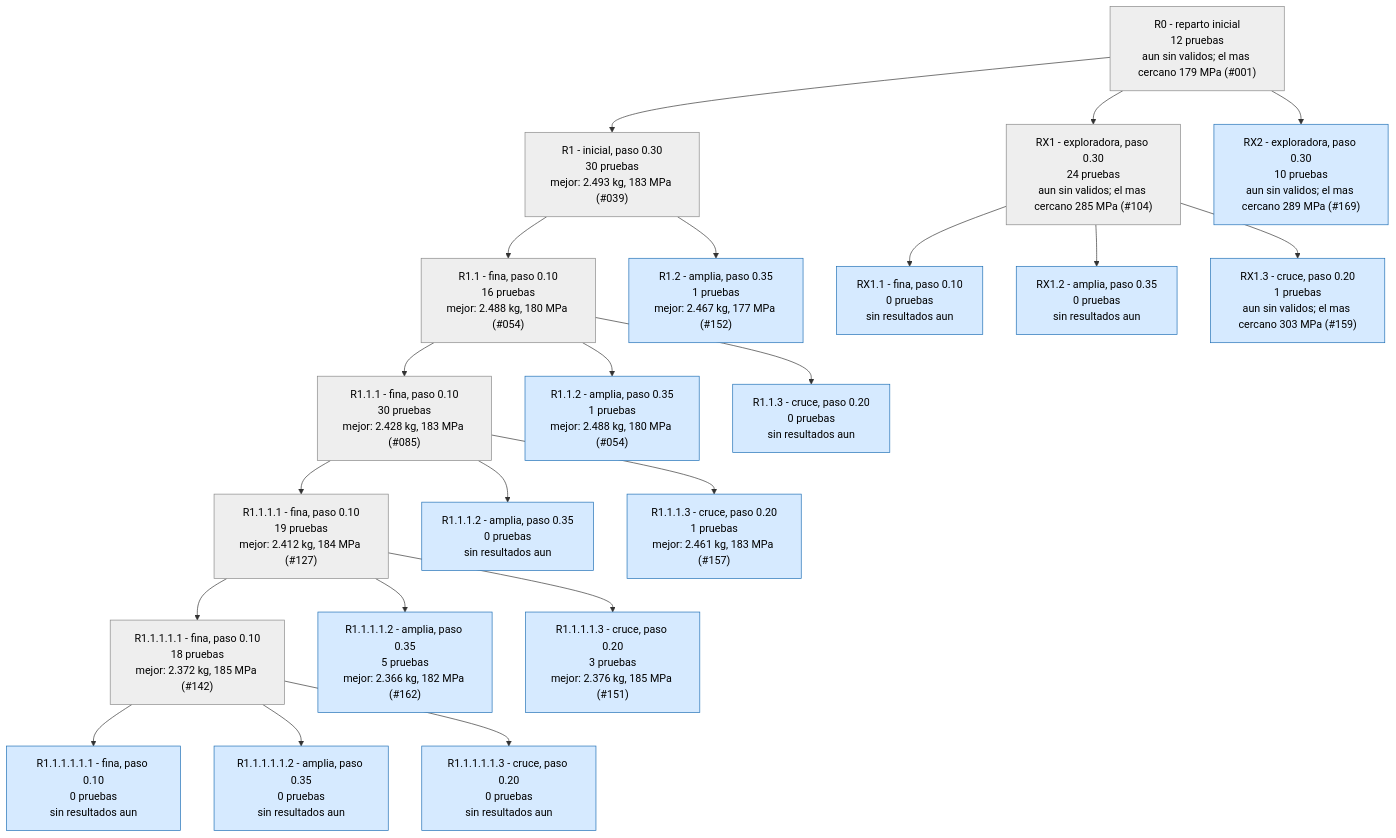
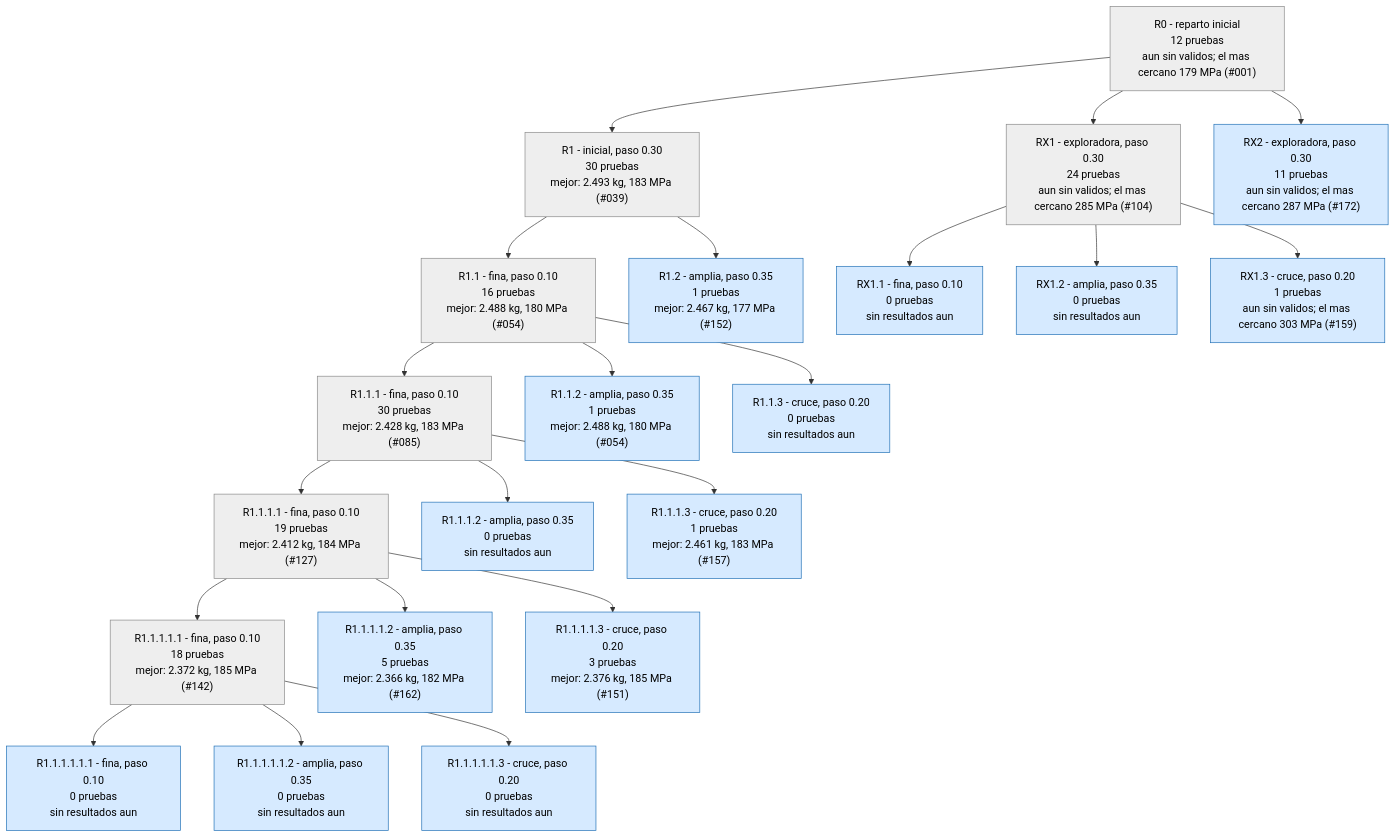
The second of 4 diagrams in runs/opt_37800N/ARBOL.md (Hugiko/msd-soporte-optimizacion), drawn with Mermaid before and after one commit. The commit also changed 21 other files, not shown here.

````diff
--- a/runs/opt_37800N/ARBOL.md
+++ b/runs/opt_37800N/ARBOL.md
@@ -29,47 +29,47 @@
 ```mermaid
 graph TD
 classDef activa fill:#d6eaff,stroke:#1f6fb5,color:#000
 classDef fin fill:#eeeeee,stroke:#888,color:#000
 classDef mejor fill:#c8f0c0,stroke:#1a9850,stroke-width:4px,color:#000
 R0["R0 - reparto inicial<br/>12 pruebas<br/>aun sin validos; el mas cercano 179 MPa (#001)"]:::fin
 R1["R1 - inicial, paso 0.30<br/>30 pruebas<br/>mejor: 2.493 kg, 183 MPa (#039)"]:::fin
 R0 --> R1
 R1_1["R1.1 - fina, paso 0.10<br/>16 pruebas<br/>mejor: 2.488 kg, 180 MPa (#054)"]:::fin
 R1 --> R1_1
 R1_2["R1.2 - amplia, paso 0.35<br/>1 pruebas<br/>mejor: 2.467 kg, 177 MPa (#152)"]:::activa
 R1 --> R1_2
 R1_1_1["R1.1.1 - fina, paso 0.10<br/>30 pruebas<br/>mejor: 2.428 kg, 183 MPa (#085)"]:::fin
 R1_1 --> R1_1_1
 R1_1_2["R1.1.2 - amplia, paso 0.35<br/>1 pruebas<br/>mejor: 2.488 kg, 180 MPa (#054)"]:::activa
 R1_1 --> R1_1_2
 R1_1_3["R1.1.3 - cruce, paso 0.20<br/>0 pruebas<br/>sin resultados aun"]:::activa
 R1_1 --> R1_1_3
 R1_1_1_1["R1.1.1.1 - fina, paso 0.10<br/>19 pruebas<br/>mejor: 2.412 kg, 184 MPa (#127)"]:::fin
 R1_1_1 --> R1_1_1_1
 R1_1_1_2["R1.1.1.2 - amplia, paso 0.35<br/>0 pruebas<br/>sin resultados aun"]:::activa
 R1_1_1 --> R1_1_1_2
 R1_1_1_3["R1.1.1.3 - cruce, paso 0.20<br/>1 pruebas<br/>mejor: 2.461 kg, 183 MPa (#157)"]:::activa
 R1_1_1 --> R1_1_1_3
 RX1["RX1 - exploradora, paso 0.30<br/>24 pruebas<br/>aun sin validos; el mas cercano 285 MPa (#104)"]:::fin
 R0 --> RX1
 RX1_1["RX1.1 - fina, paso 0.10<br/>0 pruebas<br/>sin resultados aun"]:::activa
 RX1 --> RX1_1
 RX1_2["RX1.2 - amplia, paso 0.35<br/>0 pruebas<br/>sin resultados aun"]:::activa
 RX1 --> RX1_2
 RX1_3["RX1.3 - cruce, paso 0.20<br/>1 pruebas<br/>aun sin validos; el mas cercano 303 MPa (#159)"]:::activa
 RX1 --> RX1_3
 R1_1_1_1_1["R1.1.1.1.1 - fina, paso 0.10<br/>18 pruebas<br/>mejor: 2.372 kg, 185 MPa (#142)"]:::fin
 R1_1_1_1 --> R1_1_1_1_1
 R1_1_1_1_2["R1.1.1.1.2 - amplia, paso 0.35<br/>5 pruebas<br/>mejor: 2.366 kg, 182 MPa (#162)"]:::activa
 R1_1_1_1 --> R1_1_1_1_2
 R1_1_1_1_3["R1.1.1.1.3 - cruce, paso 0.20<br/>3 pruebas<br/>mejor: 2.376 kg, 185 MPa (#151)"]:::activa
 R1_1_1_1 --> R1_1_1_1_3
 R1_1_1_1_1_1["R1.1.1.1.1.1 - fina, paso 0.10<br/>0 pruebas<br/>sin resultados aun"]:::activa
 R1_1_1_1_1 --> R1_1_1_1_1_1
 R1_1_1_1_1_2["R1.1.1.1.1.2 - amplia, paso 0.35<br/>0 pruebas<br/>sin resultados aun"]:::activa
 R1_1_1_1_1 --> R1_1_1_1_1_2
 R1_1_1_1_1_3["R1.1.1.1.1.3 - cruce, paso 0.20<br/>0 pruebas<br/>sin resultados aun"]:::activa
 R1_1_1_1_1 --> R1_1_1_1_1_3
-RX2["RX2 - exploradora, paso 0.30<br/>10 pruebas<br/>aun sin validos; el mas cercano 289 MPa (#169)"]:::activa
+RX2["RX2 - exploradora, paso 0.30<br/>11 pruebas<br/>aun sin validos; el mas cercano 287 MPa (#172)"]:::activa
 R0 --> RX2
 ```
````
